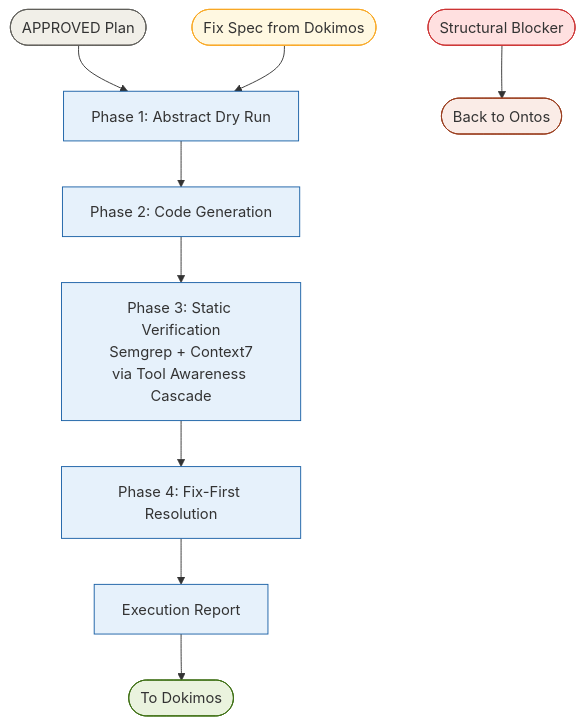
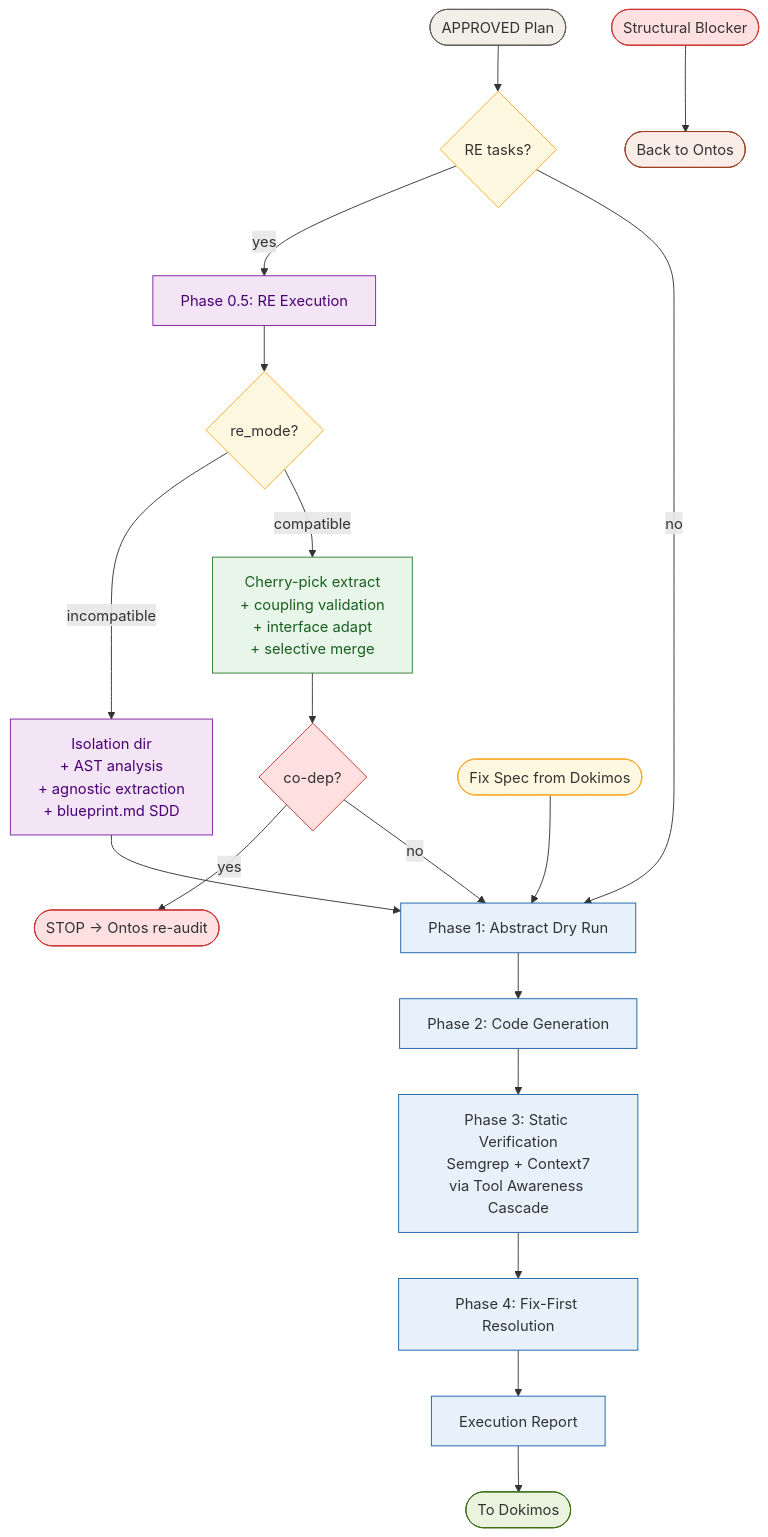
The fourth of 7 diagrams in claude/README.md (ancrz/pipeline-agentic), drawn with Mermaid before and after one commit. The commit also changed other lines of this file, not shown here.

First line of the commit message:
docs(readme): add RE flow and ontological tests to Mermaid diagrams

````diff
--- a/claude/README.md
+++ b/claude/README.md
@@ -166,22 +185,38 @@
 ```mermaid
 flowchart TD
-    A([APPROVED Plan]) --> DR[Phase 1: Abstract Dry Run]
+    A([APPROVED Plan]) --> REC{RE tasks?}
+    REC -->|yes| RE05[Phase 0.5: RE Execution]
+    RE05 --> REM{re_mode?}
+    REM -->|incompatible| ISO[Isolation dir<br/>+ AST analysis<br/>+ agnostic extraction<br/>+ blueprint.md SDD]
+    REM -->|compatible| CHP[Cherry-pick extract<br/>+ coupling validation<br/>+ interface adapt<br/>+ selective merge]
+    ISO --> DR
+    CHP --> CODEP{co-dep?}
+    CODEP -->|yes| STOP([STOP → Ontos re-audit])
+    CODEP -->|no| DR
+    REC -->|no| DR[Phase 1: Abstract Dry Run]
     DR --> CG[Phase 2: Code Generation]
     CG --> SV[Phase 3: Static Verification<br/>Semgrep + Context7<br/>via Tool Awareness Cascade]
     SV --> FF[Phase 4: Fix-First Resolution]
     FF --> ER[Execution Report]
     ER --> DOK([To Dokimos])
     FIX([Fix Spec from Dokimos]) --> DR
     BLK([Structural Blocker]) --> ONT([Back to Ontos])
 
     style A fill:#F1EFE8,stroke:#5F5E5A
+    style REC fill:#FFF8E1,stroke:#F9A825
+    style RE05 fill:#F3E5F5,stroke:#7B1FA2,color:#4A0072
+    style REM fill:#FFF8E1,stroke:#F9A825
+    style ISO fill:#F3E5F5,stroke:#7B1FA2,color:#4A0072
+    style CHP fill:#E8F5E9,stroke:#2E7D32,color:#1B5E20
+    style CODEP fill:#FFE0E0,stroke:#CC3333
+    style STOP fill:#FFE0E0,stroke:#CC3333
     style DR fill:#E6F1FB,stroke:#185FA5
     style CG fill:#E6F1FB,stroke:#185FA5
     style SV fill:#E6F1FB,stroke:#185FA5
     style FF fill:#E6F1FB,stroke:#185FA5
     style ER fill:#E6F1FB,stroke:#185FA5
     style DOK fill:#EAF3DE,stroke:#3B6D11
     style FIX fill:#FFF8E1,stroke:#F9A825
     style BLK fill:#FFE0E0,stroke:#CC3333
     style ONT fill:#FAECE7,stroke:#993C1D
 ```
````
